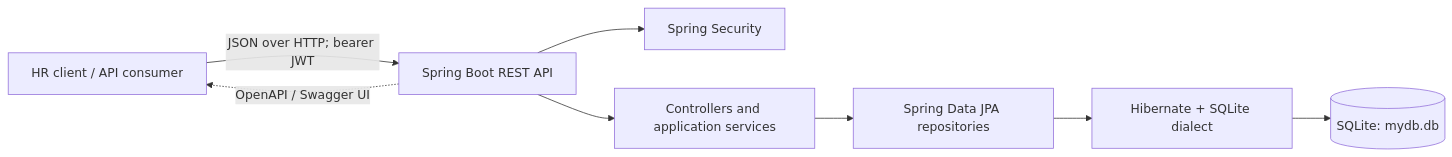
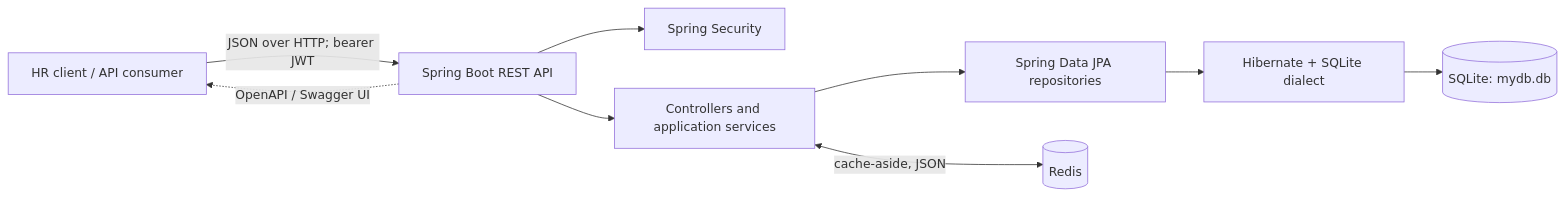
The first of 3 diagrams in doc/application-architecture.md (Ravku/salary-management_system), drawn with Mermaid before and after one commit. The commit also changed other lines of this file and 13 other files, not shown here.

````diff
--- a/doc/application-architecture.md
+++ b/doc/application-architecture.md
@@ -11,10 +11,11 @@
 ```mermaid
 flowchart LR
     Client["HR client / API consumer"] -->|"JSON over HTTP; bearer JWT"| API["Spring Boot REST API"]
     API --> Security["Spring Security"]
     API --> App["Controllers and application services"]
     App --> Repositories["Spring Data JPA repositories"]
     Repositories --> ORM["Hibernate + SQLite dialect"]
     ORM --> DB[("SQLite: mydb.db")]
+    App <-->|"cache-aside, JSON"| Cache[("Redis")]
     API -. "OpenAPI / Swagger UI" .-> Client
 ```
````
